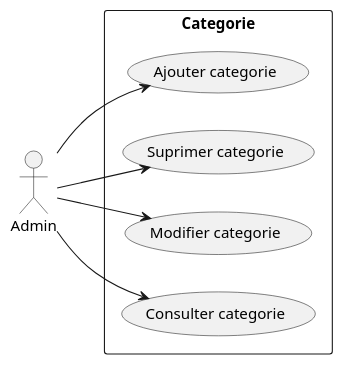
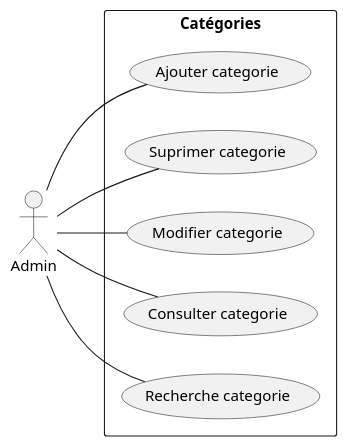
One commit to samiaBoug/Application-pour-la-gestion-des-comp-tences changed the diagram in analyse.puml. Above: the diagram before and after it, drawn with PlantUML.

Commit message:
add class diagram

```diff
--- a/analyse.puml
+++ b/analyse.puml
@@ -1,15 +1,17 @@
 @startuml Categorie
 left to right direction
 actor "Admin" as fc
-rectangle Categorie {
+rectangle Catégories {
   usecase "Ajouter categorie" as UC1
   usecase "Suprimer categorie" as UC2
   usecase "Modifier categorie" as UC3
   usecase "Consulter categorie" as UC4
+  usecase "Recherche categorie" as UC5
 
 }
-fc --> UC1
-fc --> UC2
-fc --> UC3
-fc --> UC4
+fc -- UC1
+fc -- UC2
+fc -- UC3
+fc -- UC4
+fc -- UC5
 @enduml
```
